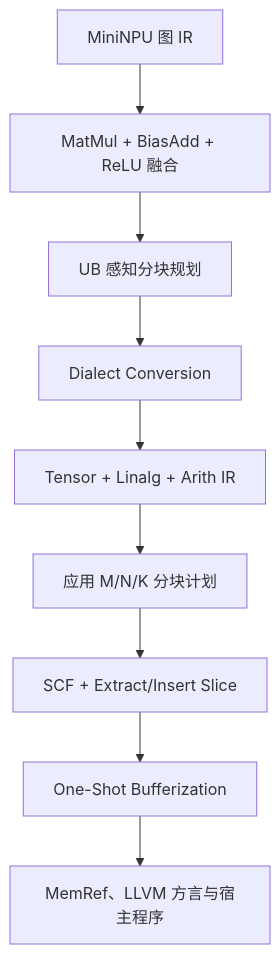
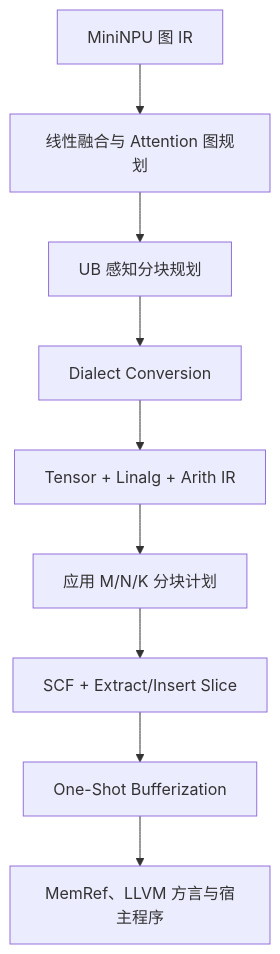
One commit to fuxiangdu/mininpu-compiler changed the diagram in README_CN.md. Above: the diagram before and after it, drawn with Mermaid. The commit also changed other lines of this file and 14 other files, not shown here.

````diff
--- a/README_CN.md
+++ b/README_CN.md
@@ -21,11 +24,11 @@
 ```mermaid
 flowchart TD
-    A["MiniNPU 图 IR"] --> B["MatMul + BiasAdd + ReLU 融合"]
+    A["MiniNPU 图 IR"] --> B["线性融合与 Attention 图规划"]
     B --> C["UB 感知分块规划"]
     C --> D["Dialect Conversion"]
     D --> E["Tensor + Linalg + Arith IR"]
     E --> F["应用 M/N/K 分块计划"]
     F --> G["SCF + Extract/Insert Slice"]
     G --> H["One-Shot Bufferization"]
     H --> I["MemRef、LLVM 方言与宿主程序"]
 ```
````
